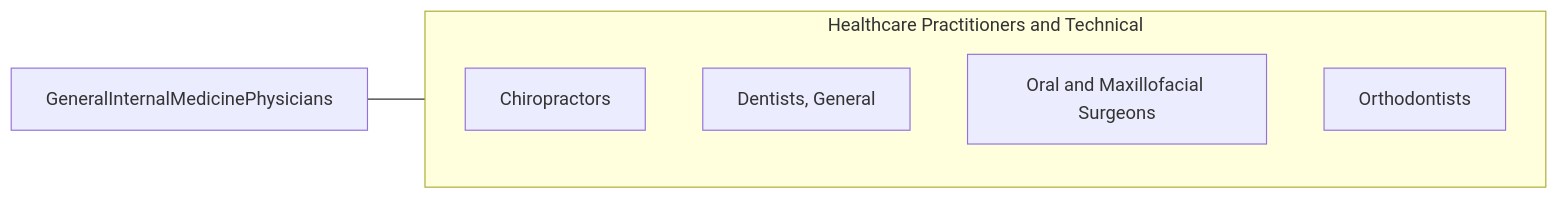
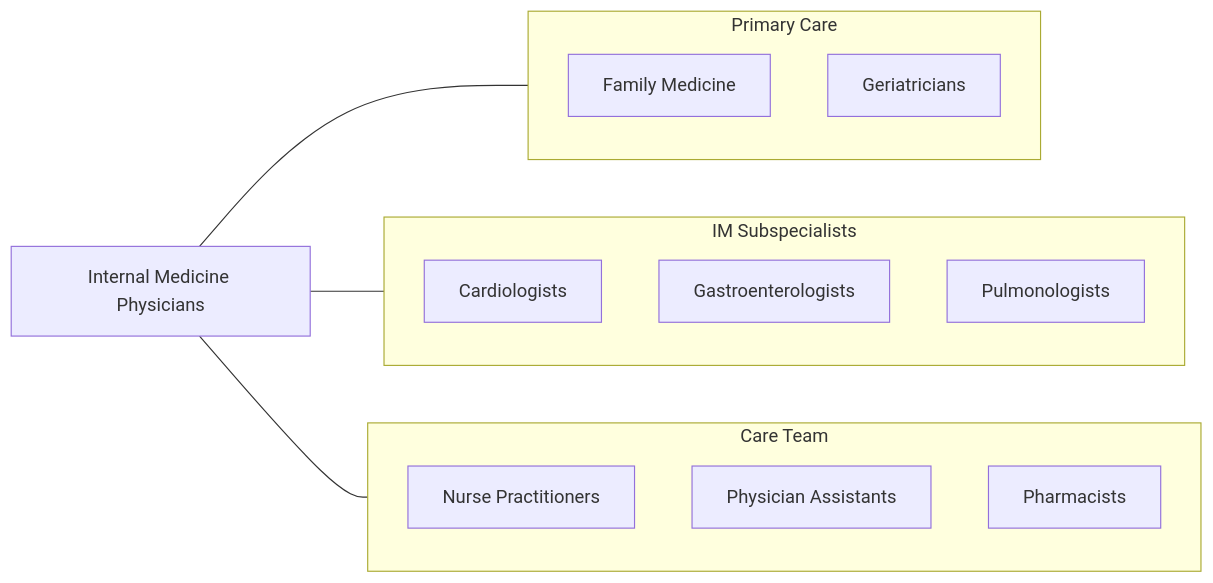
One commit to kziemski/business.org.ai changed the fourth of 4 diagrams in occupations/HealthcarePractitioners/GeneralInternalMedicinePhysicians.mdx. Above: the diagram before and after it, drawn with Mermaid. The commit also changed other lines of this file and 938 other files, not shown here.

````diff
--- a/occupations/HealthcarePractitioners/GeneralInternalMedicinePhysicians.mdx
+++ b/occupations/HealthcarePractitioners/GeneralInternalMedicinePhysicians.mdx
@@ -119,13 +201,25 @@
 ```mermaid
 graph LR
-    Current["GeneralInternalMedicinePhysicians"]
+    Current["Internal Medicine Physicians"]
 
-    subgraph SameCategory["Healthcare Practitioners and Technical"]
-        Chiropractors["Chiropractors"]
-        DentistsGeneral["Dentists, General"]
-        OralAndMaxillofacial["Oral and Maxillofacial Surgeons"]
-        Orthodontists["Orthodontists"]
+    subgraph PrimaryCarePeers["Primary Care"]
+        FamMed["Family Medicine"]
+        Geriatricians["Geriatricians"]
     end
 
-    Current --- SameCategory
+    subgraph Subspecialists["IM Subspecialists"]
+        Cards["Cardiologists"]
+        GI["Gastroenterologists"]
+        Pulm["Pulmonologists"]
+    end
+
+    subgraph Team["Care Team"]
+        NP["Nurse Practitioners"]
+        PA["Physician Assistants"]
+        Pharmacists["Pharmacists"]
+    end
+
+    Current --- PrimaryCarePeers
+    Current --- Subspecialists
+    Current --- Team
 ```
````
